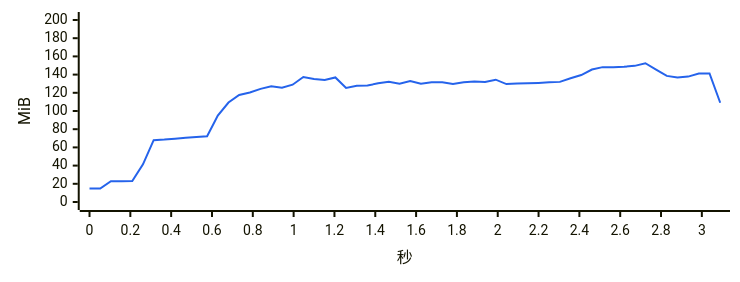
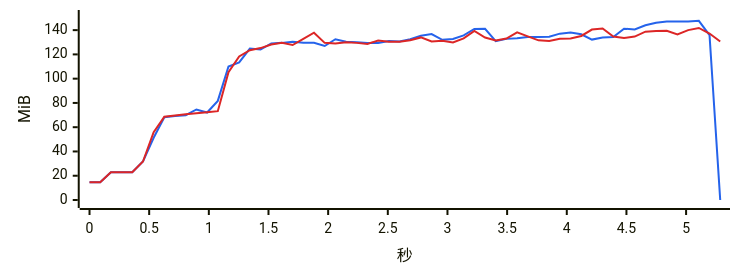
One commit to 334456777/WeFlow changed the seventh of 17 diagrams in bench/v4.0.0/summary.md. Above: the diagram before and after it, drawn with Mermaid. The commit also changed other lines of this file and 3 other files, not shown here.

````diff
--- a/bench/v4.0.0/summary.md
+++ b/bench/v4.0.0/summary.md
@@ -349,7 +353,8 @@
 ```mermaid
-%%{init: {"xyChart": {"width": 720, "height": 260}, "themeVariables": {"xyChart": {"plotColorPalette": "#2563eb"}}}}%%
+%%{init: {"xyChart": {"width": 720, "height": 260}, "themeVariables": {"xyChart": {"plotColorPalette": "#2563eb, #dc2626"}}}}%%
 xychart-beta
-    x-axis "秒" 0 --> 3.09
-    y-axis "MiB" 0 --> 200
-    line [14.7, 14.7, 22.9, 22.9, 23.1, 41.4, 67.9, 68.6, 69.6, 70.6, 71.5, 72.3, 94.9, 109.3, 117.6, 120.4, 124.3, 127.2, 125.6, 128.9, 137.3, 135.2, 134.2, 136.9, 125.3, 127.7, 128.0, 130.4, 132.1, 130.0, 133.0, 129.9, 131.6, 131.6, 129.6, 131.6, 132.4, 131.8, 134.4, 129.6, 130.1, 130.5, 130.9, 131.5, 132.0, 136.0, 139.5, 145.6, 148.2, 148.2, 148.6, 149.6, 152.5, 145.5, 138.6, 136.7, 137.8, 141.1, 141.2, 109.1]
+    x-axis "秒" 0 --> 5.286
+    y-axis "MiB" 0 --> 150
+    line [14.7, 14.7, 22.9, 22.9, 22.9, 31.7, 51.3, 68.2, 69.2, 69.9, 74.6, 72.1, 81.7, 110.0, 113.4, 124.8, 124.0, 129.0, 129.5, 130.5, 129.7, 129.6, 126.9, 132.5, 130.4, 130.1, 129.4, 129.4, 131.1, 130.6, 132.6, 135.3, 136.8, 132.0, 132.7, 135.7, 141.0, 141.1, 130.9, 132.8, 133.4, 134.4, 134.3, 134.6, 137.1, 138.1, 136.6, 132.2, 133.9, 134.3, 141.2, 140.5, 144.0, 146.1, 147.2, 147.1, 147.2, 147.7, 135.9, 0.0]
+    line [14.6, 14.6, 22.9, 22.9, 22.9, 31.7, 55.9, 68.6, 69.6, 70.6, 71.4, 72.3, 73.2, 105.3, 118.3, 123.5, 125.2, 128.2, 129.6, 127.7, 132.8, 137.9, 129.5, 129.0, 130.1, 129.5, 128.6, 131.5, 130.5, 130.5, 131.6, 134.0, 130.6, 131.2, 129.9, 133.2, 139.4, 133.9, 131.5, 133.1, 138.2, 134.9, 131.6, 131.0, 132.8, 133.2, 135.2, 140.5, 141.4, 134.8, 133.5, 134.7, 138.7, 139.3, 139.5, 136.4, 140.0, 141.8, 137.2, 130.6]
 ```
````
